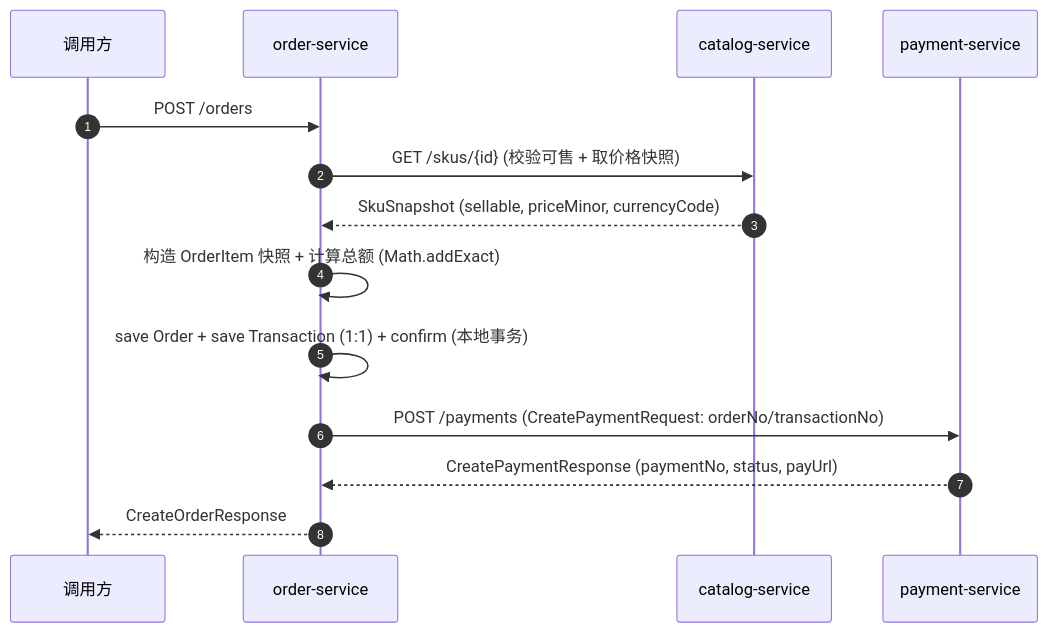
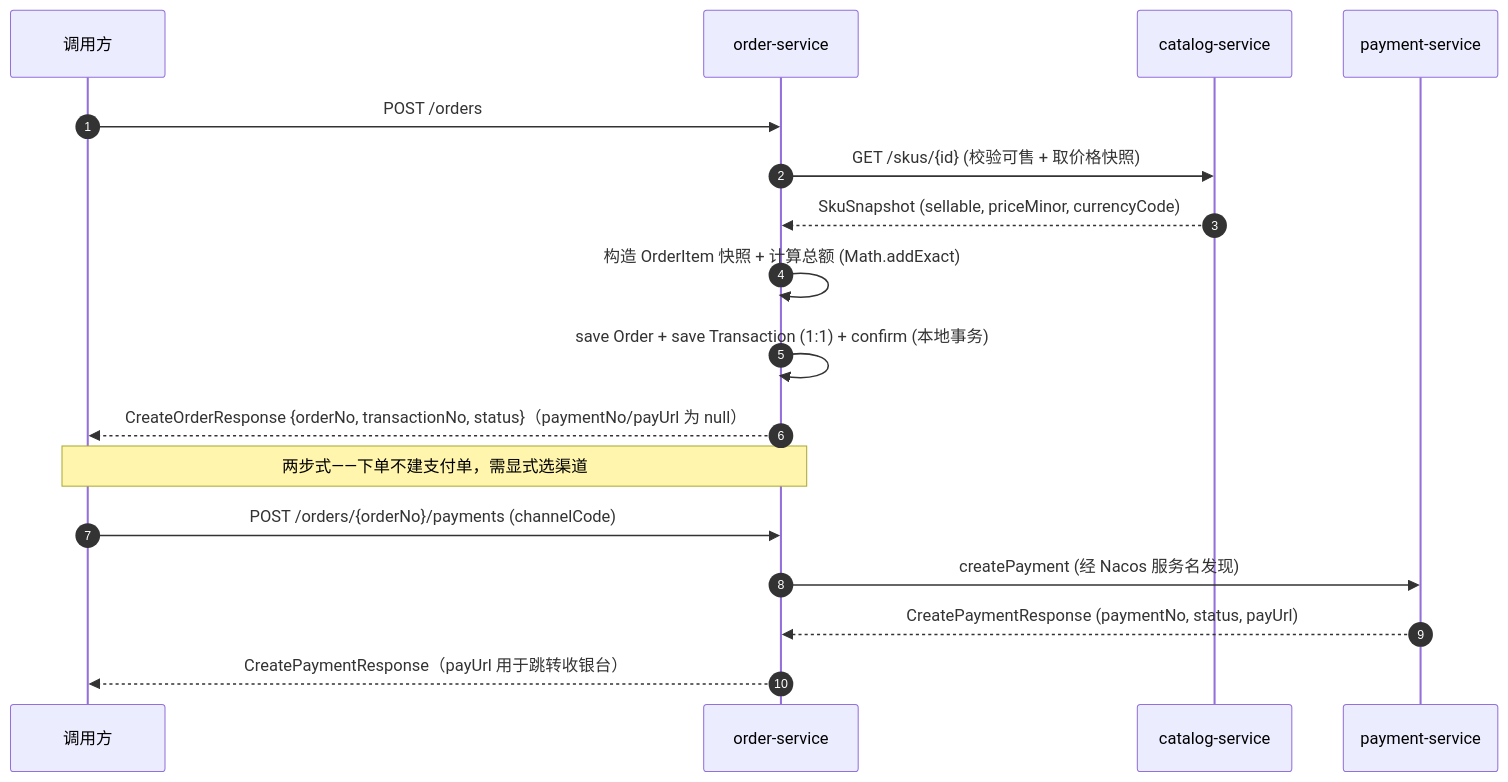
One commit to ckcky/Payment changed the first of 2 diagrams in docs/architecture/systems/order-service.md. Above: the diagram before and after it, drawn with Mermaid. The commit also changed other lines of this file and 14 other files, not shown here.

````diff
--- a/docs/architecture/systems/order-service.md
+++ b/docs/architecture/systems/order-service.md
@@ -213,16 +236,19 @@
 ```mermaid
 sequenceDiagram
     autonumber
     participant U as 调用方
     participant O as order-service
     participant Cat as catalog-service
     participant P as payment-service
     U->>O: POST /orders
     O->>Cat: GET /skus/{id} (校验可售 + 取价格快照)
     Cat-->>O: SkuSnapshot (sellable, priceMinor, currencyCode)
     O->>O: 构造 OrderItem 快照 + 计算总额 (Math.addExact)
     O->>O: save Order + save Transaction (1:1) + confirm (本地事务)
-    O->>P: POST /payments (CreatePaymentRequest: orderNo/transactionNo)
+    O-->>U: CreateOrderResponse {orderNo, transactionNo, status}（paymentNo/payUrl 为 null）
+    Note over U,O: 两步式——下单不建支付单，需显式选渠道
+    U->>O: POST /orders/{orderNo}/payments (channelCode)
+    O->>P: createPayment (经 Nacos 服务名发现)
     P-->>O: CreatePaymentResponse (paymentNo, status, payUrl)
-    O-->>U: CreateOrderResponse
+    O-->>U: CreatePaymentResponse（payUrl 用于跳转收银台）
 ```
````
